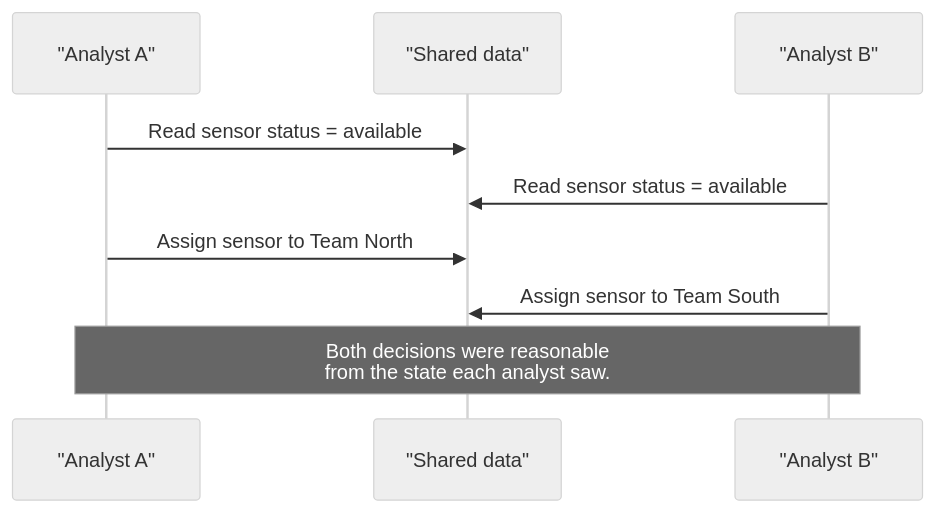
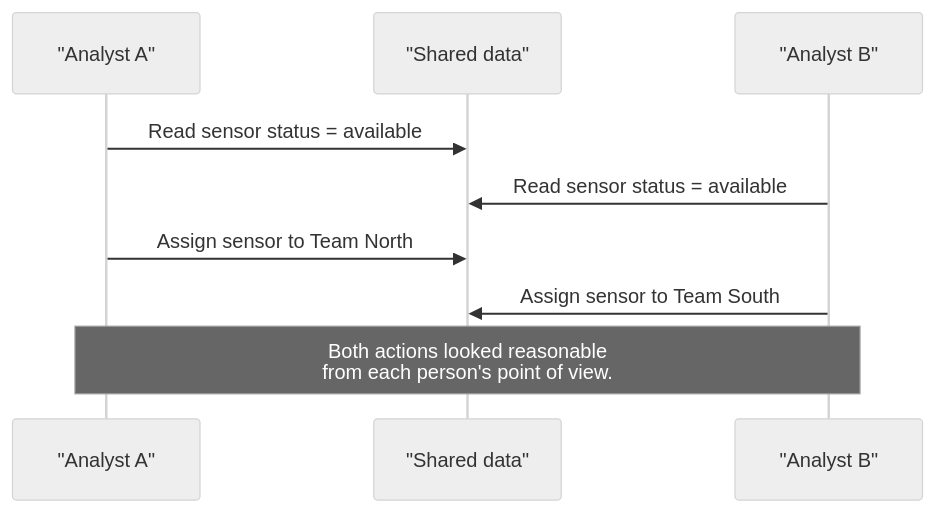
One commit to JacobDowns/CSCI340 changed the third of 5 diagrams in lectures/week-01-database-or-spreadsheet.qmd. Above: the diagram before and after it, drawn with Mermaid (neutral theme). The commit also changed other lines of this file and 11 other files, not shown here.

````diff
--- a/lectures/week-01-database-or-spreadsheet.qmd
+++ b/lectures/week-01-database-or-spreadsheet.qmd
@@ -370,11 +437,11 @@
 ```{mermaid}
 sequenceDiagram
     participant A as "Analyst A"
     participant D as "Shared data"
     participant B as "Analyst B"
     A->>D: Read sensor status = available
     B->>D: Read sensor status = available
     A->>D: Assign sensor to Team North
     B->>D: Assign sensor to Team South
-    Note over A,B: Both decisions were reasonable<br/>from the state each analyst saw.
+    Note over A,B: Both actions looked reasonable<br/>from each person's point of view.
 ```
````
